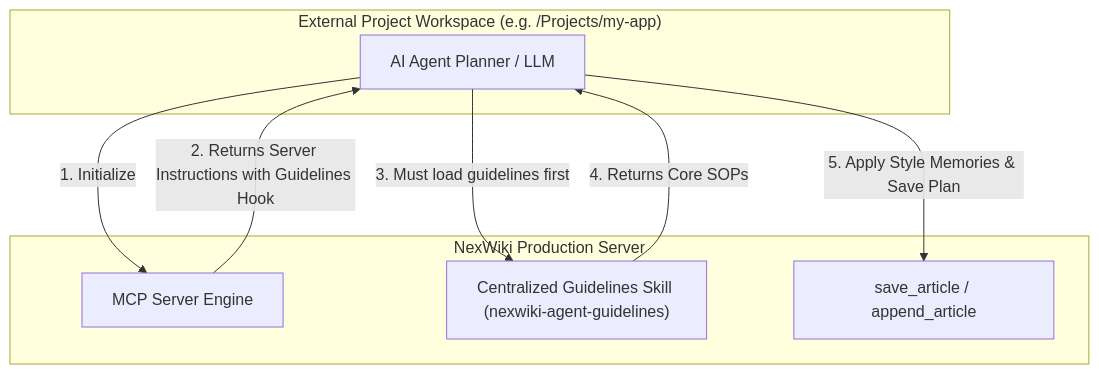
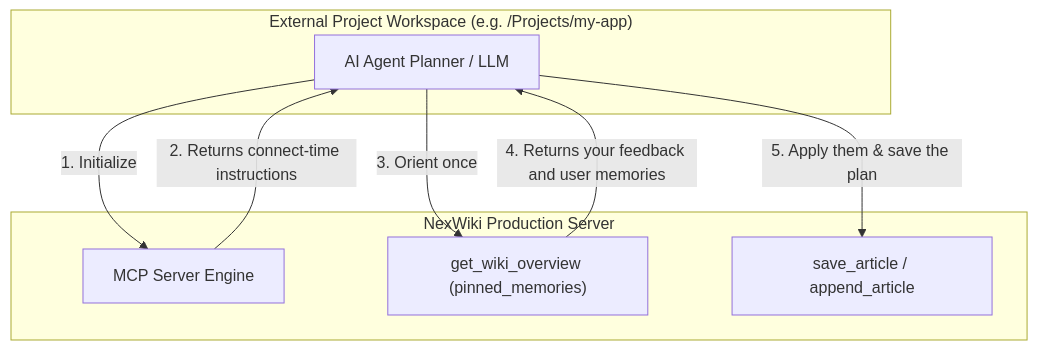
One commit to gruberchris/nexwiki changed the diagram in docs/agent_integration_guide.md. Above: the diagram before and after it, drawn with Mermaid. The commit also changed other lines of this file and 42 other files, not shown here.

````diff
--- a/docs/agent_integration_guide.md
+++ b/docs/agent_integration_guide.md
@@ -21,18 +24,18 @@
 ```mermaid
 graph TD
     subgraph External Software Project Workspace ["External Project Workspace (e.g. /Projects/my-app)"]
         Agent[AI Agent Planner / LLM]
     end
 
     subgraph NexWiki Production Server
         mcp[MCP Server Engine]
-        guidelines["Centralized Guidelines Skill (nexwiki-agent-guidelines)"]
+        overview["get_wiki_overview (pinned_memories)"]
         tools["save_article / append_article"]
     end
 
     Agent -->|1. Initialize| mcp
-    mcp -->|2. Returns Server Instructions with Guidelines Hook| Agent
-    Agent -->|3. Must load guidelines first| guidelines
-    guidelines -->|4. Returns Core SOPs| Agent
-    Agent -->|5. Apply Style Memories & Save Plan| tools
+    mcp -->|2. Returns connect-time instructions| Agent
+    Agent -->|3. Orient once| overview
+    overview -->|4. Returns your feedback and user memories| Agent
+    Agent -->|5. Apply them & save the plan| tools
 ```
````
